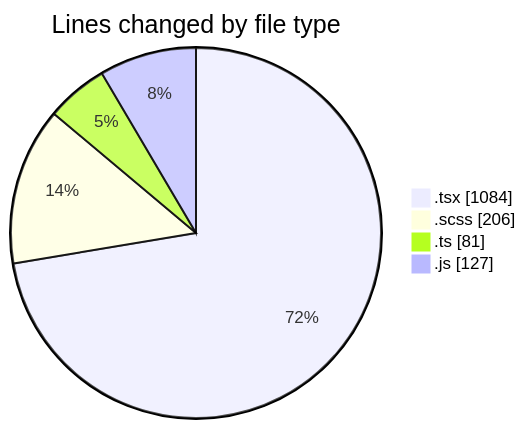
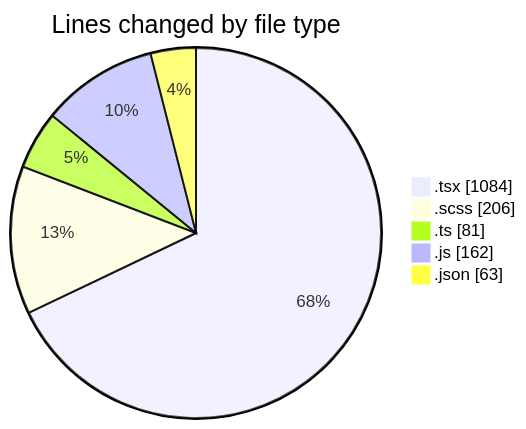
One commit to momahboobian/code-tracking changed the first of 2 diagrams in 2026-04-23/cda/README.md. Above: the diagram before and after it, drawn with Mermaid. The commit also changed other lines of this file and 1 other file, not shown here.

````diff
--- a/2026-04-23/cda/README.md
+++ b/2026-04-23/cda/README.md
@@ -29,8 +31,9 @@
 ```mermaid
 pie showData
 title Lines changed by file type
 ".tsx" : 1084
 ".scss" : 206
 ".ts" : 81
-".js" : 127
+".js" : 162
+".json" : 63
 ```
````
